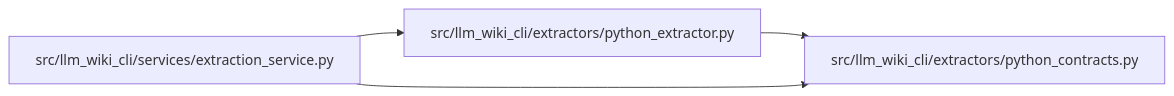
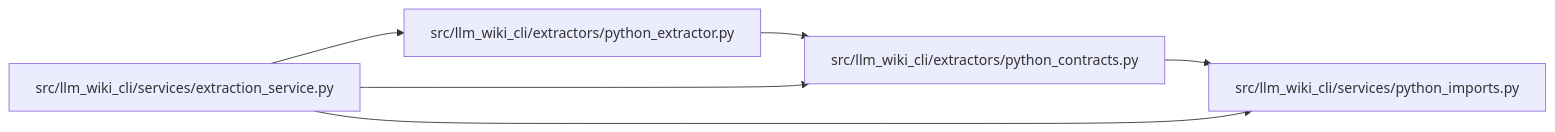
The diagram in docs/llm_wiki/modules/python_contracts.md (Denissvgn/python-wiki-llm), drawn with Mermaid before and after one commit. The commit also changed other lines of this file and 631 other files, not shown here.

Commit message:
docs(wiki): refresh scoped imports and module binding boundaries

````diff
--- a/docs/llm_wiki/modules/python_contracts.md
+++ b/docs/llm_wiki/modules/python_contracts.md
@@ -24,12 +27,16 @@
 ```mermaid
 flowchart LR
     n0["src/llm_wiki_cli/extractors/python_contracts.py"]
     n1["src/llm_wiki_cli/extractors/python_extractor.py"]
     n2["src/llm_wiki_cli/services/extraction_service.py"]
+    n3["src/llm_wiki_cli/services/python_imports.py"]
+    n0 --> n3
     n1 --> n0
     n2 --> n0
     n2 --> n1
+    n2 --> n3
     click n0 "../modules/python_contracts.md"
     click n1 "../modules/python_extractor.md"
     click n2 "../modules/extraction_service.md"
+    click n3 "../modules/python_imports.md"
 ```
````
